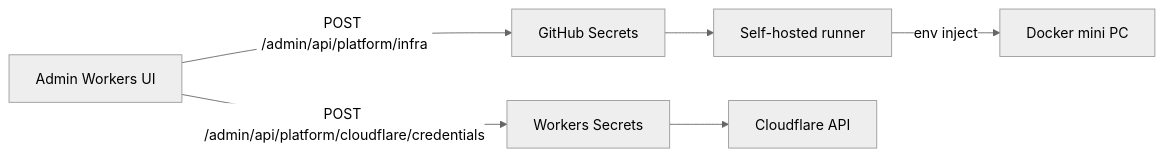
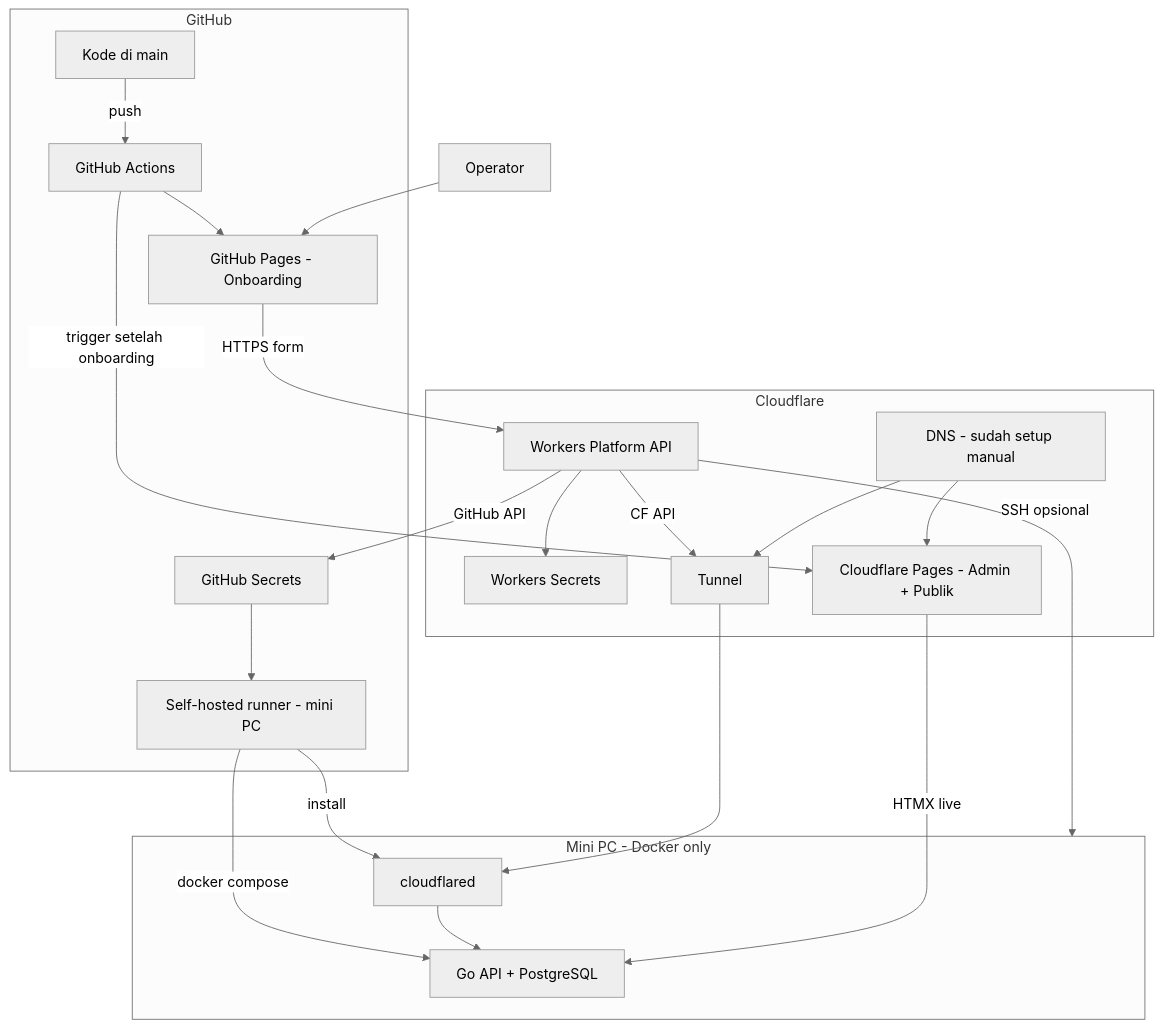
The diagram in Plan/28-platform-github-workers.md (WBetEngine/Seosementara), drawn with Mermaid (neutral theme) before and after one commit. The commit also changed other lines of this file and 21 other files, not shown here.

````diff
--- a/Plan/28-platform-github-workers.md
+++ b/Plan/28-platform-github-workers.md
@@ -18,15 +37,38 @@
 ```mermaid
-flowchart LR
-  Admin[Admin Workers UI]
-  GH[GitHub Secrets]
-  Runner[Self-hosted runner]
-  Docker[Docker mini PC]
-  WSec[Workers Secrets]
-  CFAPI[Cloudflare API]
+flowchart TB
+  subgraph gh [GitHub]
+    Repo[Kode di main]
+    GHP[GitHub Pages - Onboarding]
+    GAct[GitHub Actions]
+    GSec[GitHub Secrets]
+    Runner[Self-hosted runner - mini PC]
+  end
+  subgraph cf [Cloudflare]
+    Worker[Workers Platform API]
+    WSec[Workers Secrets]
+    CFP[Cloudflare Pages - Admin + Publik]
+    Tunnel[Tunnel]
+    DNS[DNS - sudah setup manual]
+  end
+  subgraph mini [Mini PC - Docker only]
+    API[Go API + PostgreSQL]
+    CFd[cloudflared]
+  end
 
-  Admin -->|POST /admin/api/platform/infra| GH
-  GH --> Runner
-  Runner -->|env inject| Docker
-  Admin -->|POST /admin/api/platform/cloudflare/credentials| WSec
-  WSec --> CFAPI
+  Repo -->|push| GAct
+  GAct --> GHP
+  Op[Operator] --> GHP
+  GHP -->|HTTPS form| Worker
+  Worker --> WSec
+  Worker -->|CF API| Tunnel
+  Worker -->|GitHub API| GSec
+  Worker -->|SSH opsional| mini
+  GAct -->|trigger setelah onboarding| CFP
+  GSec --> Runner
+  Runner -->|docker compose| API
+  Runner -->|install| CFd
+  Tunnel --> CFd --> API
+  CFP -->|HTMX live| API
+  DNS --> Tunnel
+  DNS --> CFP
 ```
````
